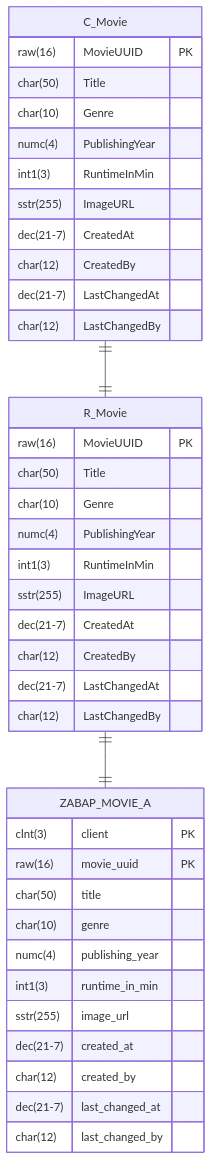
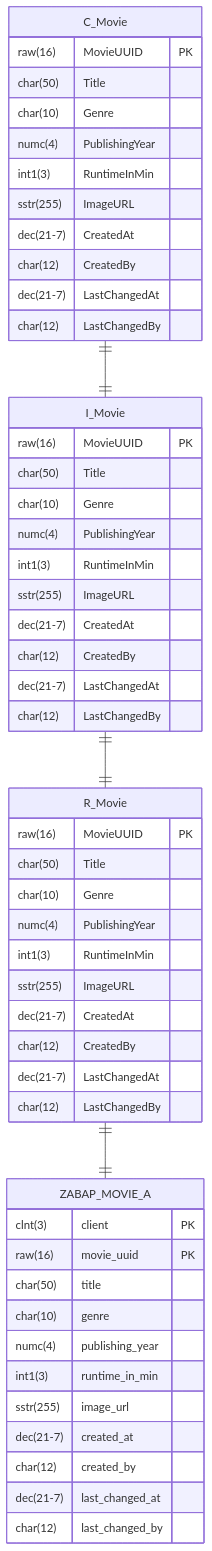
Before and after one commit to appenmaier/s4hana: the diagram in docs/exercises/rap/rap-01.md, drawn with Mermaid. The commit also changed other lines of this file and 4 other files, not shown here.

````diff
--- a/docs/exercises/rap/rap-01.md
+++ b/docs/exercises/rap/rap-01.md
@@ -13,45 +13,59 @@
 ```mermaid
 erDiagram
     R_Movie ||--|| ZABAP_MOVIE_A  : ""
-    C_Movie ||--|| R_Movie  : ""
+    I_Movie ||--|| R_Movie  : ""
+    C_Movie ||--|| I_Movie  : ""
 
     ZABAP_MOVIE_A {
         clnt(3) client PK
         raw(16) movie_uuid PK
         char(50) title
         char(10) genre
         numc(4) publishing_year
         int1(3) runtime_in_min
         sstr(255) image_url
         dec(21-7) created_at
         char(12) created_by
         dec(21-7) last_changed_at
         char(12) last_changed_by
     }
 
     R_Movie {
         raw(16) MovieUUID PK
         char(50) Title
         char(10) Genre
         numc(4) PublishingYear
         int1(3) RuntimeInMin
         sstr(255) ImageURL
         dec(21-7) CreatedAt
         char(12) CreatedBy
         dec(21-7) LastChangedAt
         char(12) LastChangedBy
     }
 
+    I_Movie {
+        raw(16) MovieUUID PK
+        char(50) Title
+        char(10) Genre
+        numc(4) PublishingYear
+        int1(3) RuntimeInMin
+        sstr(255) ImageURL
+        dec(21-7) CreatedAt
+        char(12) CreatedBy
+        dec(21-7) LastChangedAt
+        char(12) LastChangedBy
+    }
+
     C_Movie {
         raw(16) MovieUUID PK
         char(50) Title
         char(10) Genre
         numc(4) PublishingYear
         int1(3) RuntimeInMin
         sstr(255) ImageURL
         dec(21-7) CreatedAt
         char(12) CreatedBy
         dec(21-7) LastChangedAt
         char(12) LastChangedBy
     }
 ```
````
